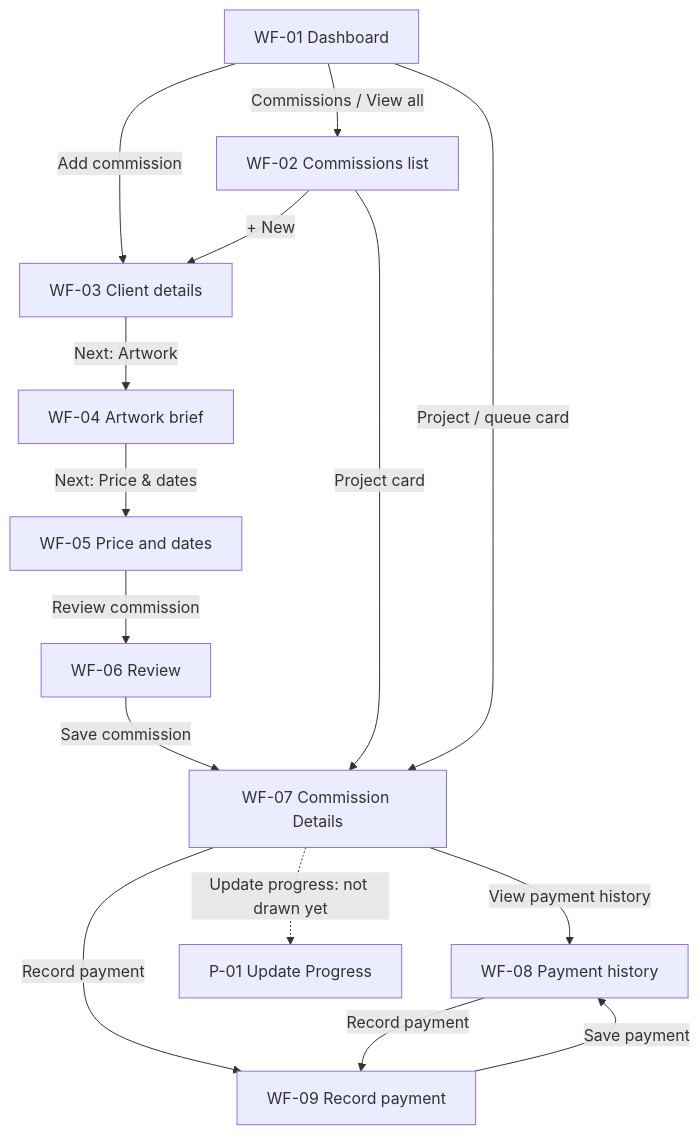
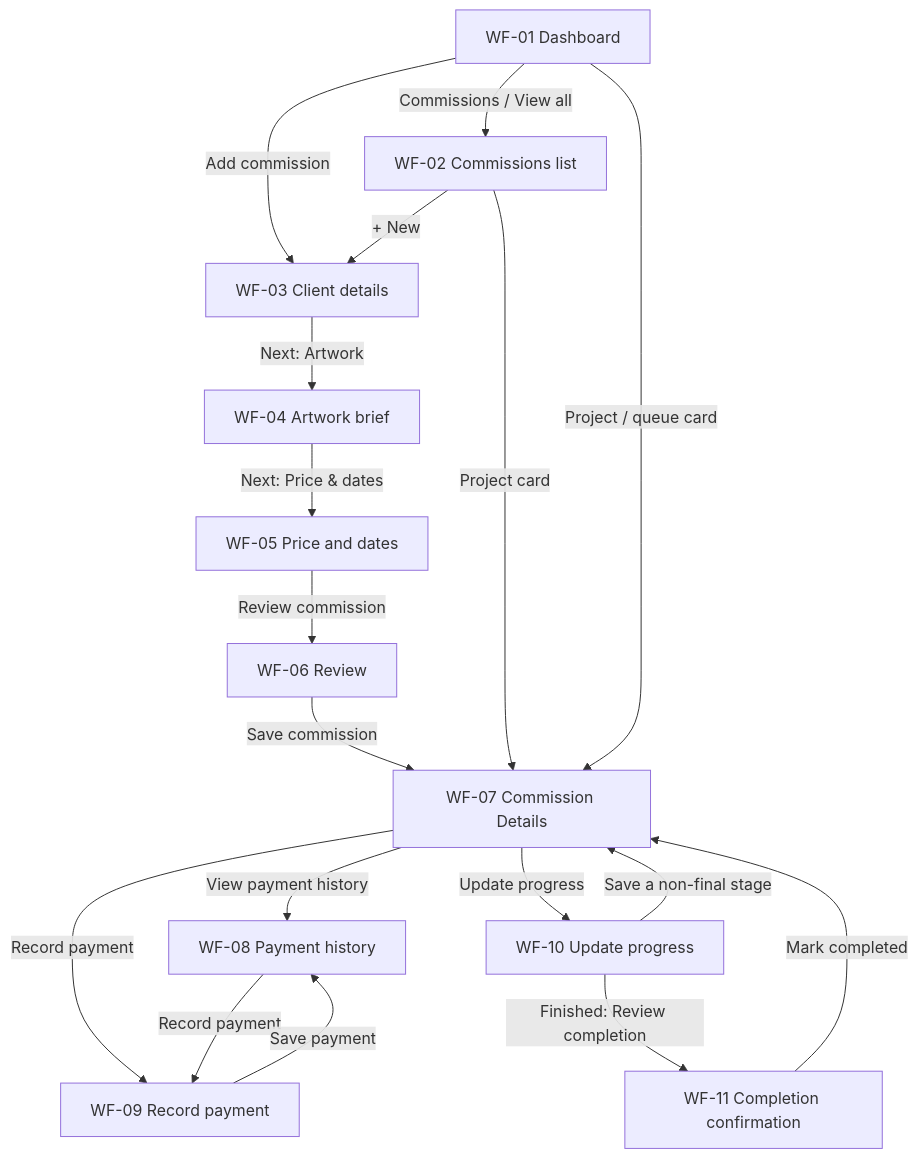
The diagram in layout.md (yezdenz/obra), drawn with Mermaid before and after one commit. The commit also changed other lines of this file and 10 other files, not shown here.

Commit message:
Draft progress and completion wireframes with numbered routes

````diff
--- a/layout.md
+++ b/layout.md
@@ -42,17 +45,20 @@
 ```mermaid
 flowchart TD
     Home[WF-01 Dashboard] -->|Commissions / View all| List[WF-02 Commissions list]
     Home -->|Add commission| Client[WF-03 Client details]
     List -->|+ New| Client
     Client -->|Next: Artwork| Artwork[WF-04 Artwork brief]
     Artwork -->|Next: Price & dates| Price[WF-05 Price and dates]
     Price -->|Review commission| Review[WF-06 Review]
     Review -->|Save commission| Detail[WF-07 Commission Details]
     List -->|Project card| Detail
     Home -->|Project / queue card| Detail
     Detail -->|View payment history| Payments[WF-08 Payment history]
     Detail -->|Record payment| Entry[WF-09 Record payment]
     Payments -->|Record payment| Entry
     Entry -->|Save payment| Payments
-    Detail -.->|Update progress: not drawn yet| Progress[P-01 Update Progress]
+    Detail -->|Update progress| Progress[WF-10 Update progress]
+    Progress -->|Save a non-final stage| Detail
+    Progress -->|Finished: Review completion| Finish[WF-11 Completion confirmation]
+    Finish -->|Mark completed| Detail
 ```
````
